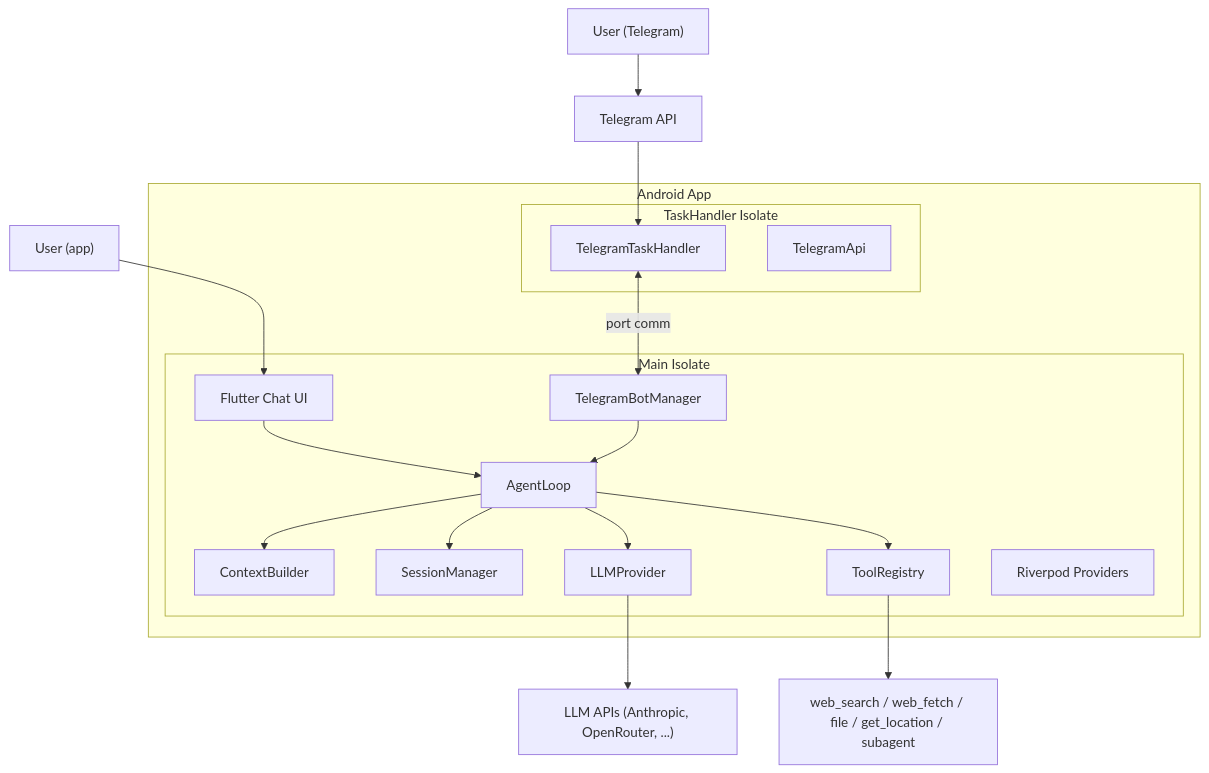
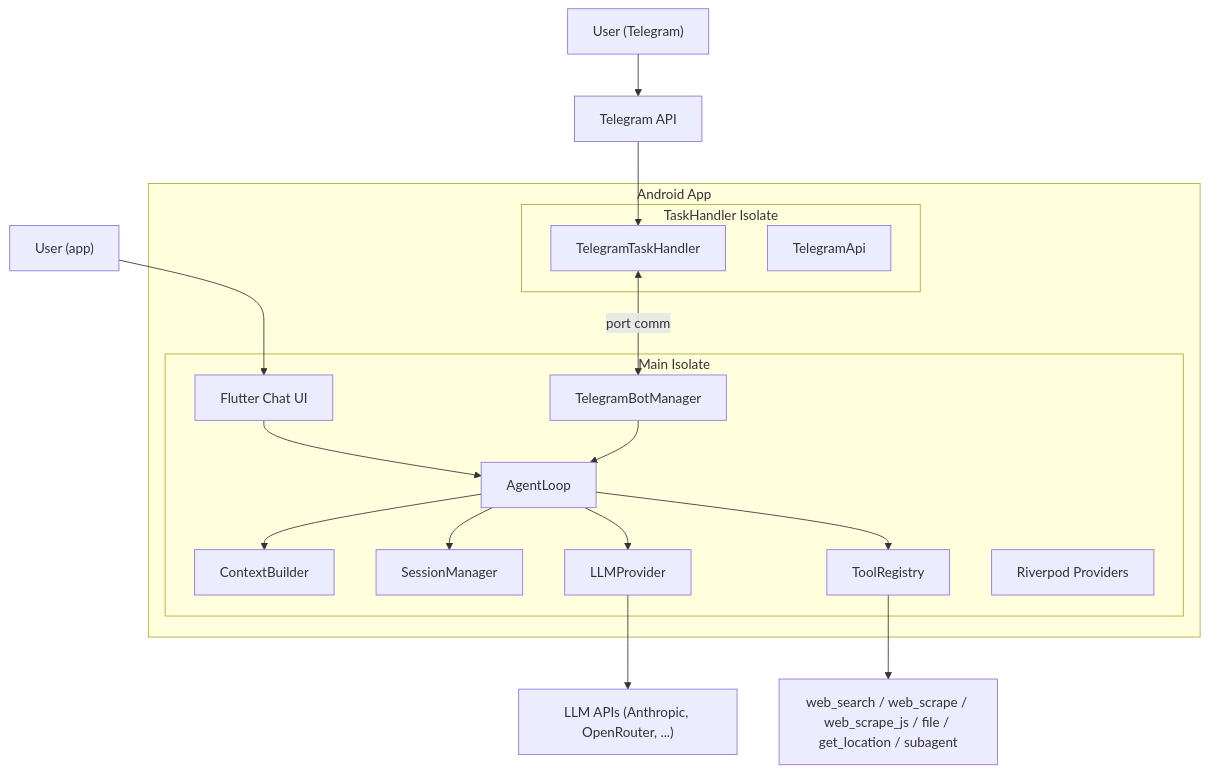
Before and after one commit to dgirard/droidclaw: the first of 3 diagrams in README.md, drawn with Mermaid. The commit also changed other lines of this file and 10 other files, not shown here.

First line of the commit message:
feat: replace web_fetch with dual web scrapers (HTTP + WebView)

````diff
--- a/README.md
+++ b/README.md
@@ -54,32 +54,32 @@
 ```mermaid
 graph TB
     subgraph "Android App"
         subgraph "Main Isolate"
             UI["Flutter Chat UI"]
             TM["TelegramBotManager"]
             AL["AgentLoop"]
             CB["ContextBuilder"]
             SM["SessionManager"]
             TR["ToolRegistry"]
             LP["LLMProvider"]
             RP["Riverpod Providers"]
         end
         subgraph "TaskHandler Isolate"
             TH["TelegramTaskHandler"]
             TA["TelegramApi"]
         end
     end
 
     User1["User (app)"] --> UI
     User2["User (Telegram)"] --> TG["Telegram API"]
     TG --> TH
     TH <-->|"port comm"| TM
     UI --> AL
     TM --> AL
     AL --> LP
     AL --> TR
     AL --> SM
     AL --> CB
     LP --> LLM["LLM APIs (Anthropic, OpenRouter, ...)"]
-    TR --> Tools["web_search / web_fetch / file / get_location / subagent"]
+    TR --> Tools["web_search / web_scrape / web_scrape_js / file / get_location / subagent"]
 ```
````
